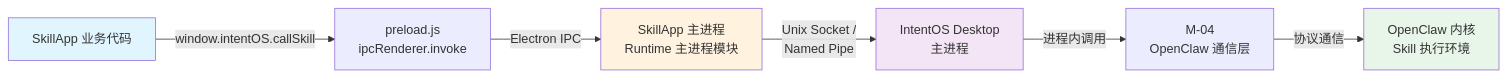
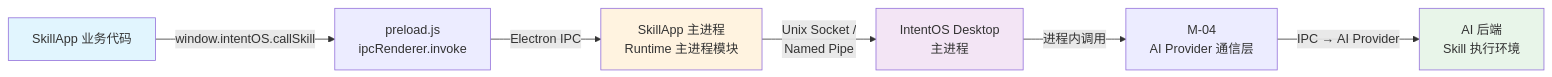
Before and after one commit to digimads-lab/intent-os: the third of 8 diagrams in docs/spec/skillapp-spec.md, drawn with Mermaid. The commit also changed other lines of this file, not shown here.

````diff
--- a/docs/spec/skillapp-spec.md
+++ b/docs/spec/skillapp-spec.md
@@ -235,13 +235,13 @@
 ```mermaid
 flowchart LR
     A[SkillApp 业务代码] -->|window.intentOS.callSkill| B[preload.js<br/>ipcRenderer.invoke]
     B -->|Electron IPC| C[SkillApp 主进程<br/>Runtime 主进程模块]
     C -->|Unix Socket /<br/>Named Pipe| D[IntentOS Desktop<br/>主进程]
-    D -->|进程内调用| E[M-04<br/>OpenClaw 通信层]
-    E -->|协议通信| F[OpenClaw 内核<br/>Skill 执行环境]
+    D -->|进程内调用| E[M-04<br/>AI Provider 通信层]
+    E -->|IPC → AI Provider| F[AI 后端<br/>Skill 执行环境]
 
     style A fill:#e1f5fe
     style C fill:#fff3e0
     style D fill:#f3e5f5
     style F fill:#e8f5e9
 ```
````
